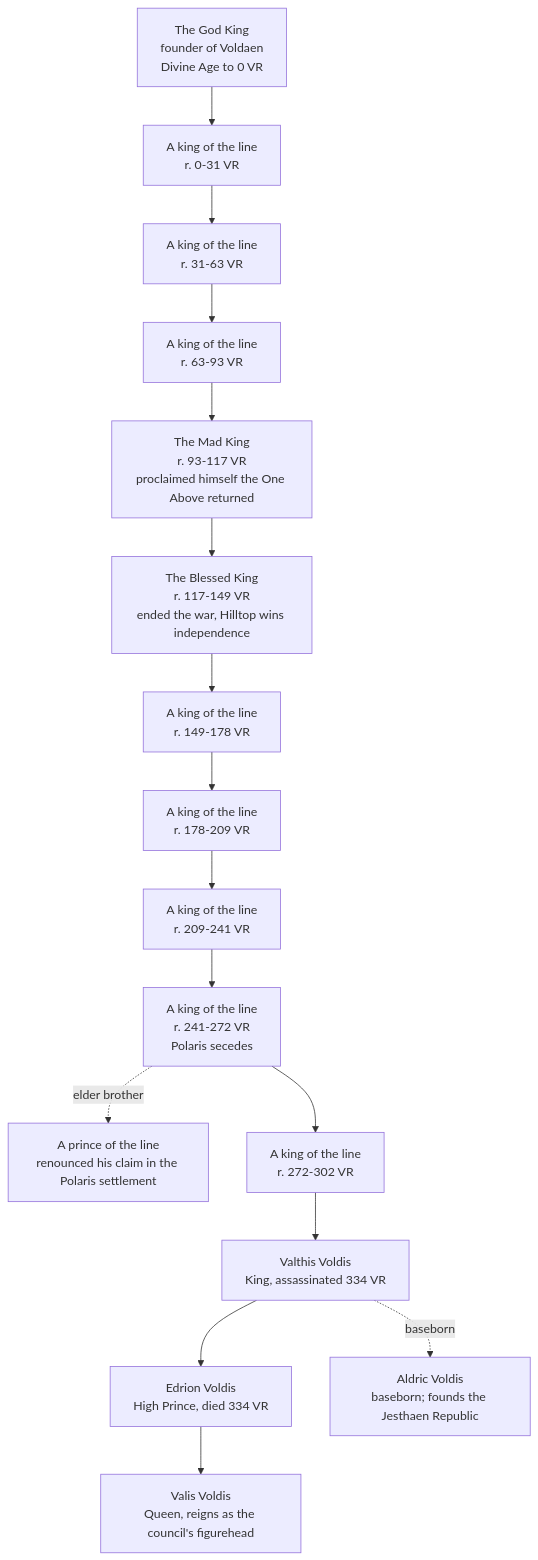
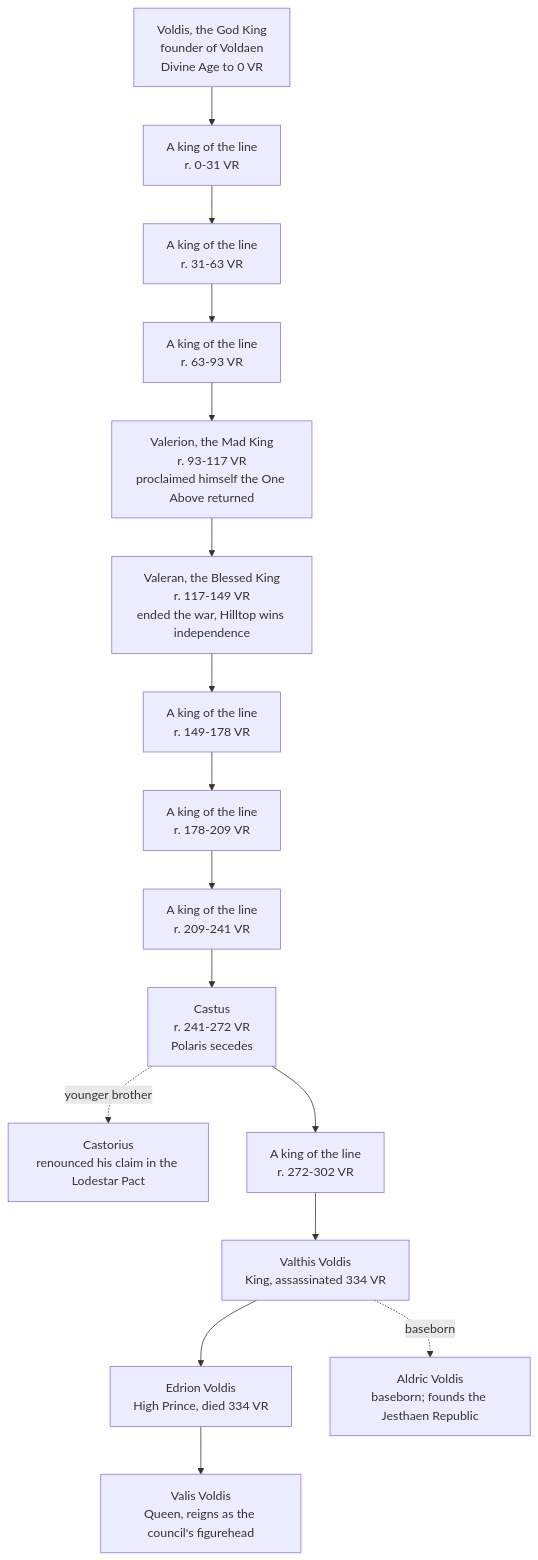
Before and after one commit to EgoAlt/althas-wiki: the diagram in content/organizations/house-voldis.md, drawn with Mermaid. The commit also changed other lines of this file and 24 other files, not shown here.

````diff
--- a/content/organizations/house-voldis.md
+++ b/content/organizations/house-voldis.md
@@ -19,31 +19,32 @@
 ```mermaid
 graph TD
-    GK["The God King<br/>founder of Voldaen<br/>Divine Age to 0 VR"]
+    GK["Voldis, the God King<br/>founder of Voldaen<br/>Divine Age to 0 VR"]
     K0["A king of the line<br/>r. 0-31 VR"]
     K1["A king of the line<br/>r. 31-63 VR"]
     K2["A king of the line<br/>r. 63-93 VR"]
-    MAD["The Mad King<br/>r. 93-117 VR<br/>proclaimed himself the One Above returned"]
-    BLESSED["The Blessed King<br/>r. 117-149 VR<br/>ended the war, Hilltop wins independence"]
+    MAD["Valerion, the Mad King<br/>r. 93-117 VR<br/>proclaimed himself the One Above returned"]
+    BLESSED["Valeran, the Blessed King<br/>r. 117-149 VR<br/>ended the war, Hilltop wins independence"]
     K3["A king of the line<br/>r. 149-178 VR"]
     K4["A king of the line<br/>r. 178-209 VR"]
     K5["A king of the line<br/>r. 209-241 VR"]
-    K6["A king of the line<br/>r. 241-272 VR<br/>Polaris secedes"]
-    BRO["A prince of the line<br/>renounced his claim in the Polaris settlement"]
+    K6["Castus<br/>r. 241-272 VR<br/>Polaris secedes"]
+    BRO["Castorius<br/>renounced his claim in the Lodestar Pact"]
     K7["A king of the line<br/>r. 272-302 VR"]
     VALTHIS["Valthis Voldis<br/>King, assassinated 334 VR"]
     EDRION["Edrion Voldis<br/>High Prince, died 334 VR"]
     ALDRIC["Aldric Voldis<br/>baseborn; founds the Jesthaen Republic"]
     VALIS["Valis Voldis<br/>Queen, reigns as the council's figurehead"]
     GK --> K0 --> K1 --> K2 --> MAD --> BLESSED --> K3 --> K4 --> K5 --> K6 --> K7 --> VALTHIS
-    K6 -.->|elder brother| BRO
+    K6 -.->|younger brother| BRO
     VALTHIS --> EDRION
     VALTHIS -.->|baseborn| ALDRIC
     EDRION --> VALIS
-    click GK "../npcs/the-god-king" "The God King"
-    click MAD "../npcs/the-mad-king" "The Mad King"
-    click BLESSED "../npcs/the-blessed-king" "The Blessed King"
+    click GK "../npcs/god-king-voldis" "Voldis, the God King"
+    click MAD "../npcs/valerion-voldis" "Valerion, the Mad King"
+    click BLESSED "../npcs/valeran-voldis" "Valeran, the Blessed King"
+    click K6 "../npcs/castus-voldis" "Castus Voldis"
     click VALTHIS "../npcs/valthis-voldis" "Valthis Voldis"
     click EDRION "../npcs/edrion-voldis" "Edrion Voldis"
     click ALDRIC "../npcs/aldric-voldis" "Aldric Voldis"
     click VALIS "../npcs/valis-voldis" "Valis Voldis"
 ```
````
